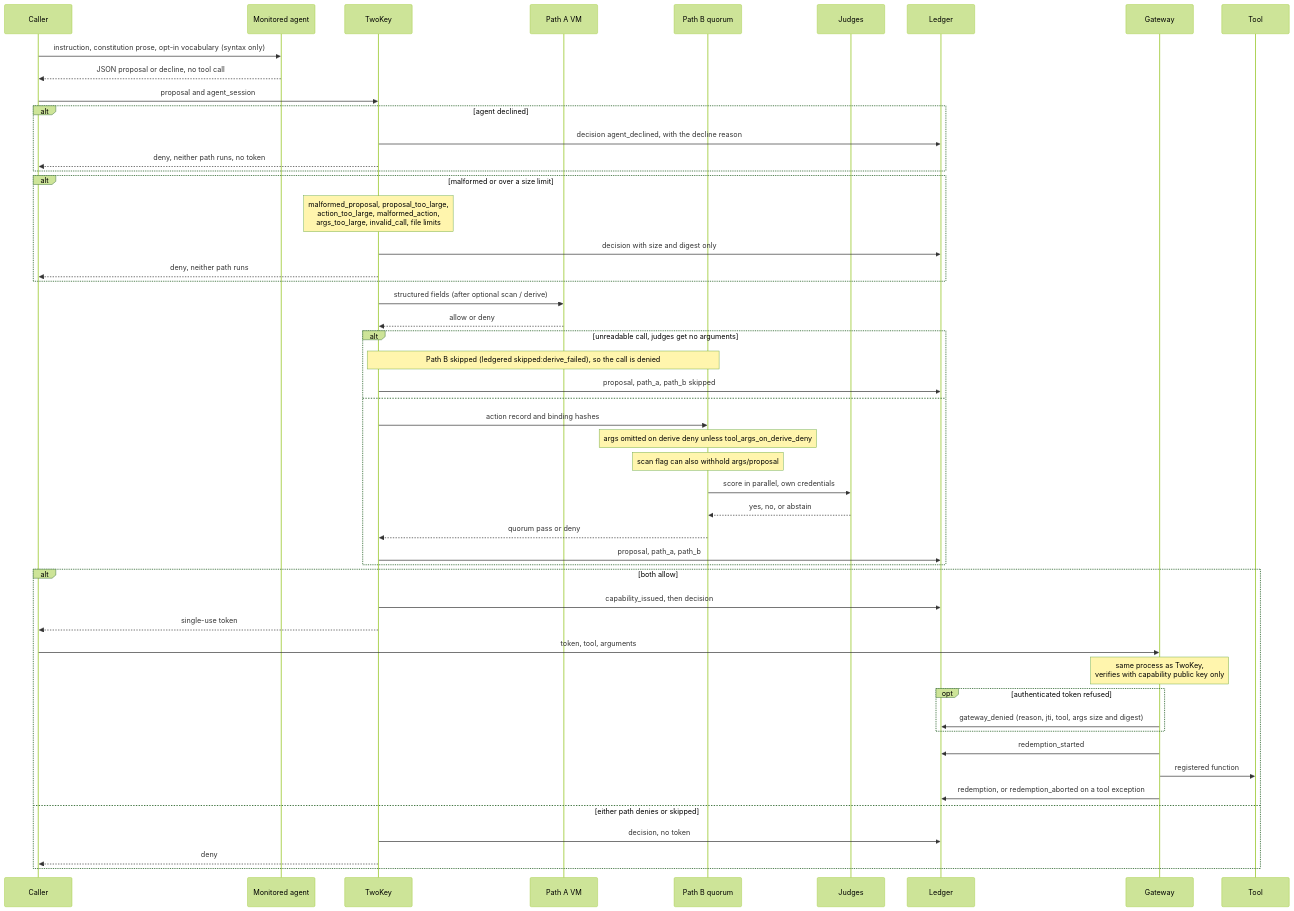
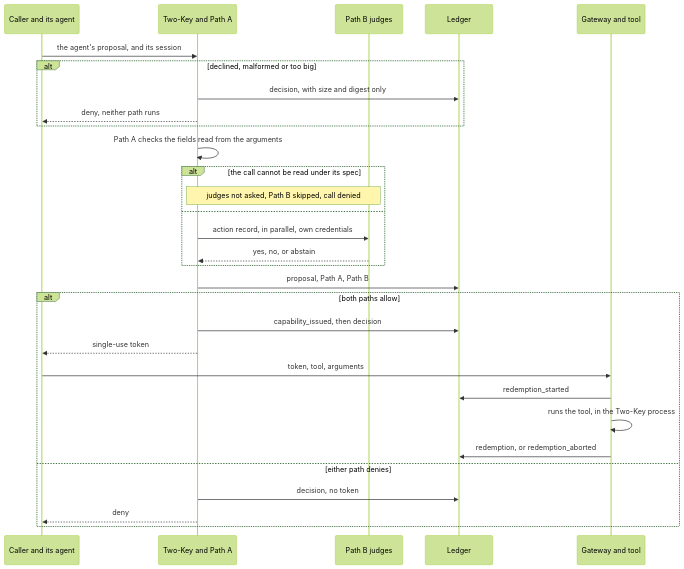
Before and after one commit to Insomniac-VibeLabs/two-key: the third of 4 diagrams in README.md, drawn with Mermaid (forest theme). The commit also changed other lines of this file and 9 other files, not shown here.

First line of the commit message:
FIPS approved mode after 1.0, positive wording, README facts, tables and diagrams

````diff
--- a/README.md
+++ b/README.md
@@ -492,54 +472,32 @@
 ```mermaid
 sequenceDiagram
-  participant Caller
-  participant Agent as Monitored agent
-  participant TwoKey
-  participant PathA as Path A VM
-  participant PathB as Path B quorum
-  participant Judge as Judges
+  participant Caller as Caller and its agent
+  participant TwoKey as Two-Key and Path A
+  participant Judges as Path B judges
   participant Ledger
-  participant Gateway
-  participant Tool
-
-  Caller->>Agent: instruction, constitution prose, opt-in vocabulary (syntax only)
-  Agent-->>Caller: JSON proposal or decline, no tool call
-  Caller->>TwoKey: proposal and agent_session
-  alt agent declined
-    TwoKey->>Ledger: decision agent_declined, with the decline reason
-    TwoKey-->>Caller: deny, neither path runs, no token
-  end
-  alt malformed or over a size limit
-    Note over TwoKey: malformed_proposal, proposal_too_large,<br/>action_too_large, malformed_action,<br/>args_too_large, invalid_call, file limits
-    TwoKey->>Ledger: decision with size and digest only
+  participant Gateway as Gateway and tool
+  Caller->>TwoKey: the agent's proposal, and its session
+  alt declined, malformed or too big
+    TwoKey->>Ledger: decision, with size and digest only
     TwoKey-->>Caller: deny, neither path runs
   end
-  TwoKey->>PathA: structured fields (after optional scan / derive)
-  PathA-->>TwoKey: allow or deny
-  alt unreadable call, judges get no arguments
-    Note over TwoKey,PathB: Path B skipped (ledgered skipped:derive_failed), so the call is denied
-    TwoKey->>Ledger: proposal, path_a, path_b skipped
+  TwoKey->>TwoKey: Path A checks the fields read from the arguments
+  alt the call cannot be read under its spec
+    Note over TwoKey,Judges: judges not asked, Path B skipped, call denied
   else
-    TwoKey->>PathB: action record and binding hashes
-    Note over PathB: args omitted on derive deny unless tool_args_on_derive_deny
-    Note over PathB: scan flag can also withhold args/proposal
-    PathB->>Judge: score in parallel, own credentials
-    Judge-->>PathB: yes, no, or abstain
-    PathB-->>TwoKey: quorum pass or deny
-    TwoKey->>Ledger: proposal, path_a, path_b
+    TwoKey->>Judges: action record, in parallel, own credentials
+    Judges-->>TwoKey: yes, no, or abstain
   end
-  alt both allow
+  TwoKey->>Ledger: proposal, Path A, Path B
+  alt both paths allow
     TwoKey->>Ledger: capability_issued, then decision
     TwoKey-->>Caller: single-use token
     Caller->>Gateway: token, tool, arguments
-    Note over Gateway: same process as TwoKey,<br/>verifies with capability public key only
-    opt authenticated token refused
-      Gateway->>Ledger: gateway_denied (reason, jti, tool, args size and digest)
-    end
     Gateway->>Ledger: redemption_started
-    Gateway->>Tool: registered function
-    Gateway->>Ledger: redemption, or redemption_aborted on a tool exception
-  else either path denies or skipped
+    Gateway->>Gateway: runs the tool, in the Two-Key process
+    Gateway->>Ledger: redemption, or redemption_aborted
+  else either path denies
     TwoKey->>Ledger: decision, no token
     TwoKey-->>Caller: deny
   end
 ```
````
